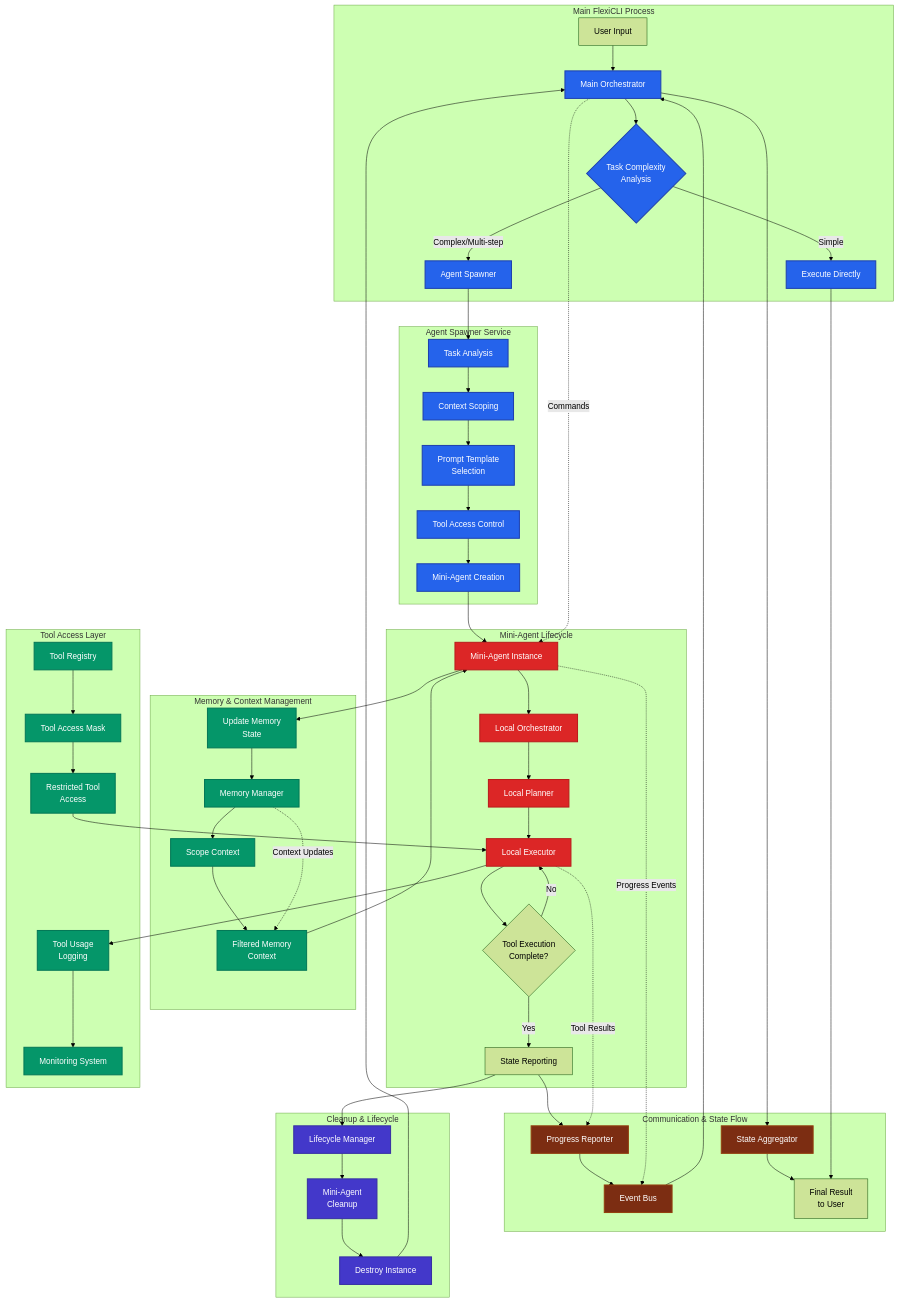
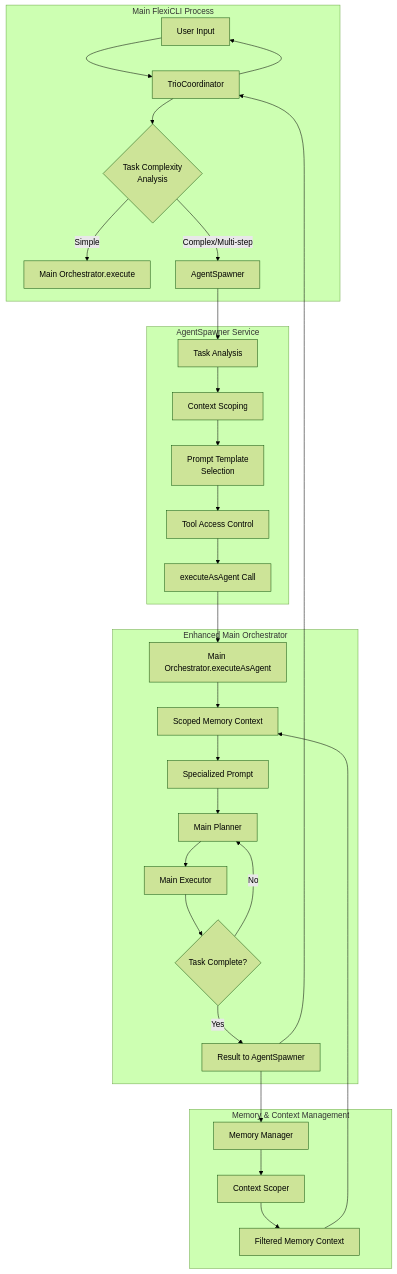
One commit to uni-mike/Gemini-CLI-UNI changed the diagram in MINI_AGENT_ARCHITECTURE.md. Above: the diagram before and after it, drawn with Mermaid (forest theme). The commit also changed 22 other files, not shown here.

````diff
--- a/MINI_AGENT_ARCHITECTURE.md
+++ b/MINI_AGENT_ARCHITECTURE.md
@@ -20,80 +22,38 @@
 ```mermaid
 flowchart TD
     subgraph "Main FlexiCLI Process"
-        UI[User Input] --> O[Main Orchestrator]
-        O --> TD{Task Complexity\nAnalysis}
-        TD -->|Simple| EP[Execute Directly]
-        TD -->|Complex/Multi-step| AS[Agent Spawner]
+        UI[User Input] --> TC[TrioCoordinator]
+        TC --> TD{Task Complexity\nAnalysis}
+        TD -->|Simple| MO[Main Orchestrator.execute]
+        TD -->|Complex/Multi-step| AS[AgentSpawner]
     end
 
-    subgraph "Agent Spawner Service"
+    subgraph "AgentSpawner Service"
         AS --> TA[Task Analysis]
         TA --> CS[Context Scoping]
         CS --> PT[Prompt Template\nSelection]
         PT --> TAC[Tool Access Control]
-        TAC --> MAC[Mini-Agent Creation]
+        TAC --> MAE[executeAsAgent Call]
     end
 
-    subgraph "Mini-Agent Lifecycle"
-        MAC --> MA[Mini-Agent Instance]
-        MA --> LO[Local Orchestrator]
-        LO --> LP[Local Planner]
-        LP --> LE[Local Executor]
-        LE --> TEC{Tool Execution\nComplete?}
-        TEC -->|No| LE
-        TEC -->|Yes| SR[State Reporting]
+    subgraph "Enhanced Main Orchestrator"
+        MAE --> MO2[Main Orchestrator.executeAsAgent]
+        MO2 --> SM[Scoped Memory Context]
+        SM --> SP[Specialized Prompt]
+        SP --> MP[Main Planner]
+        MP --> ME[Main Executor]
+        ME --> TEC{Task Complete?}
+        TEC -->|No| MP
+        TEC -->|Yes| SR[Result to AgentSpawner]
     end
 
     subgraph "Memory & Context Management"
-        MM[Memory Manager] --> SC[Scope Context]
-        SC --> FMC[Filtered Memory\nContext]
-        FMC --> MA
-        MA --> UMS[Update Memory\nState]
-        UMS --> MM
+        MM[Memory Manager] --> SC[Context Scoper]
+        SC --> FMC[Filtered Memory Context]
+        FMC --> SM
+        SR --> MM
     end
 
-    subgraph "Tool Access Layer"
-        TR[Tool Registry] --> TAM[Tool Access Mask]
-        TAM --> RTA[Restricted Tool\nAccess]
-        RTA --> LE
-        LE --> TU[Tool Usage\nLogging]
-        TU --> MSys[Monitoring System]
-    end
-
-    subgraph "Communication & State Flow"
-        SR --> PR[Progress Reporter]
-        PR --> EB[Event Bus]
-        EB --> O
-        O --> SA[State Aggregator]
-        SA --> FinalResult[Final Result\nto User]
-    end
-
-    subgraph "Cleanup & Lifecycle"
-        SR --> LC[Lifecycle Manager]
-        LC --> Cleanup[Mini-Agent\nCleanup]
-        Cleanup --> Destroy[Destroy Instance]
-    end
-
-    %% State Exchange Arrows
-    MA -.->|Progress Events| EB
-    LE -.->|Tool Results| PR
-    O -.->|Commands| MA
-    MM -.->|Context Updates| FMC
-
-    %% Control Flow
-    EP --> FinalResult
-    Destroy --> O
-
-    %% Styling
-    classDef mainProcess fill:#2563eb,stroke:#1e40af,stroke-width:2px,color:#fff
-    classDef miniAgent fill:#dc2626,stroke:#b91c1c,stroke-width:2px,color:#fff
-    classDef memory fill:#059669,stroke:#047857,stroke-width:2px,color:#fff
-    classDef communication fill:#7c2d12,stroke:#92400e,stroke-width:2px,color:#fff
-    classDef cleanup fill:#4338ca,stroke:#3730a3,stroke-width:2px,color:#fff
-
-    class O,TD,EP,AS,TA,CS,PT,TAC,MAC mainProcess
-    class MA,LO,LP,LE miniAgent
-    class MM,SC,FMC,UMS,TR,TAM,RTA,TU,MSys memory
-    class EB,PR,SA communication
-    class LC,Cleanup,Destroy cleanup
+    SR --> TC
+    TC --> UI
 ```
````
